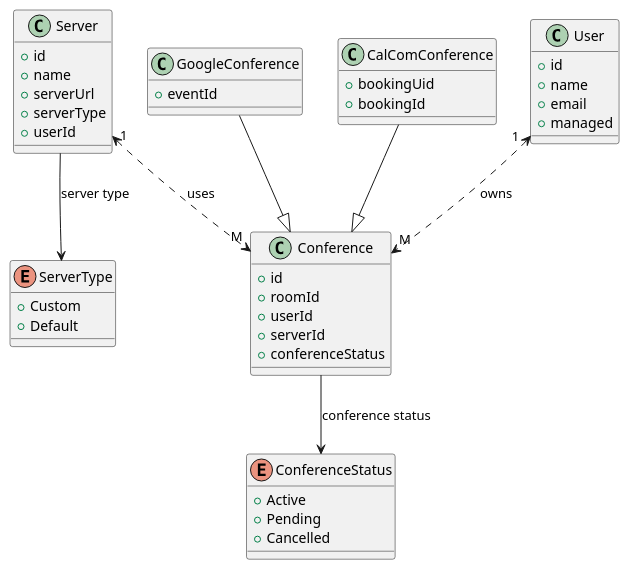
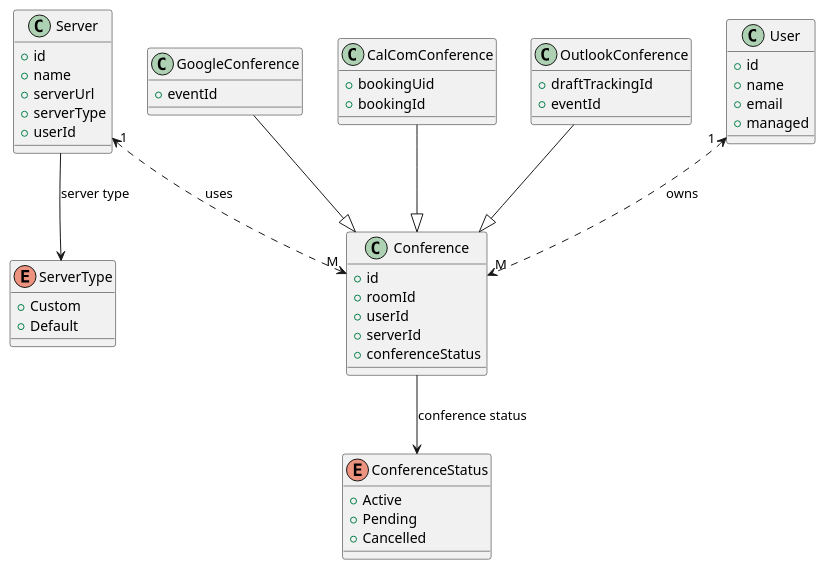
The diagram in docs/er_conference_plantUML.puml (teenthofabud/jitsi-videoconference-moderator), drawn with PlantUML before and after one commit. The commit also changed 14 other files, not shown here.

Commit message:
outlook conference api

```diff
--- a/docs/er_conference_plantUML.puml
+++ b/docs/er_conference_plantUML.puml
@@ -1,55 +1,61 @@
 @startuml
 
 class User {
   +id
   +name
   +email
   +managed
 }
 
 class Server {
   +id
   +name
   +serverUrl
   +serverType
   +userId
 }
 
 class Conference {
   +id
   +roomId
   +userId
   +serverId
   +conferenceStatus
 }
 
 class GoogleConference {
   +eventId
 }
 
 class CalComConference {
   +bookingUid
   +bookingId
 }
 
+class OutlookConference {
+  +draftTrackingId
+  +eventId
+}
+
 enum ServerType {
   +Custom
   +Default
 }
 
 enum ConferenceStatus {
   +Active
   +Pending
   +Cancelled
 }
 
 GoogleConference --|> Conference
 CalComConference --|> Conference
+OutlookConference --|> Conference
 
 Server --> ServerType : server type
 Conference --> ConferenceStatus : conference status
 
 User "1 " <..> "M" Conference : owns
 Server "1 " <..> "M" Conference : uses
 
 @enduml
```
